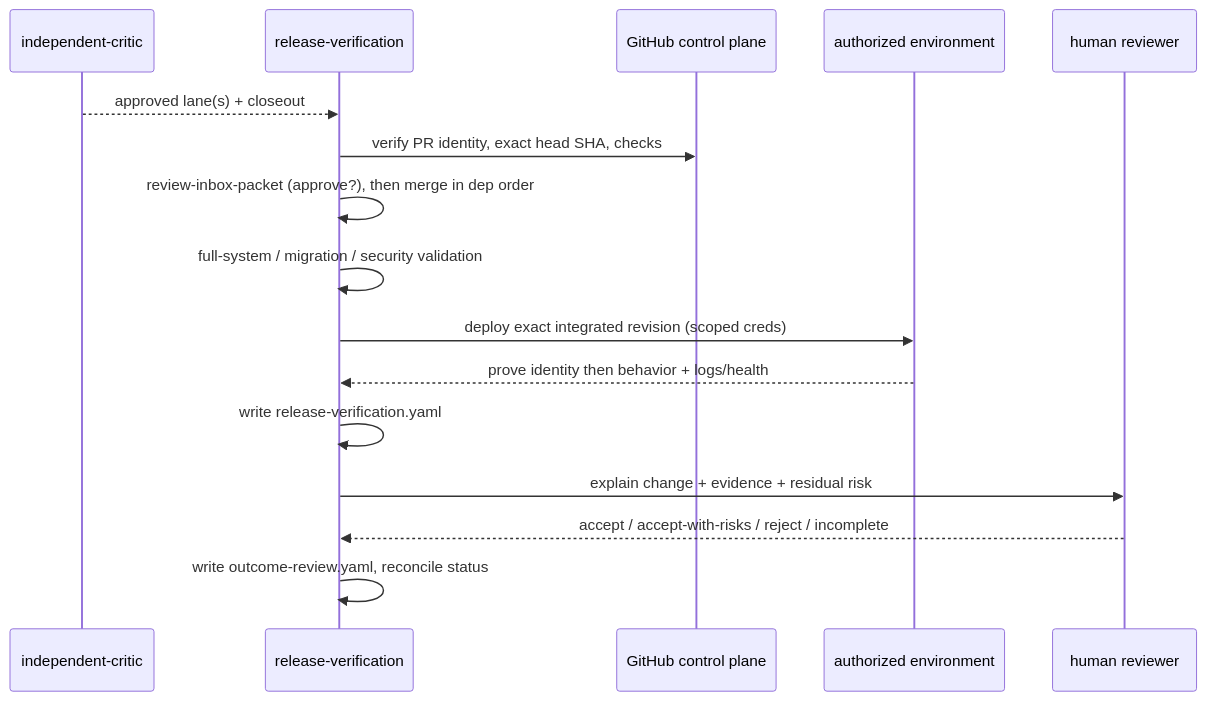
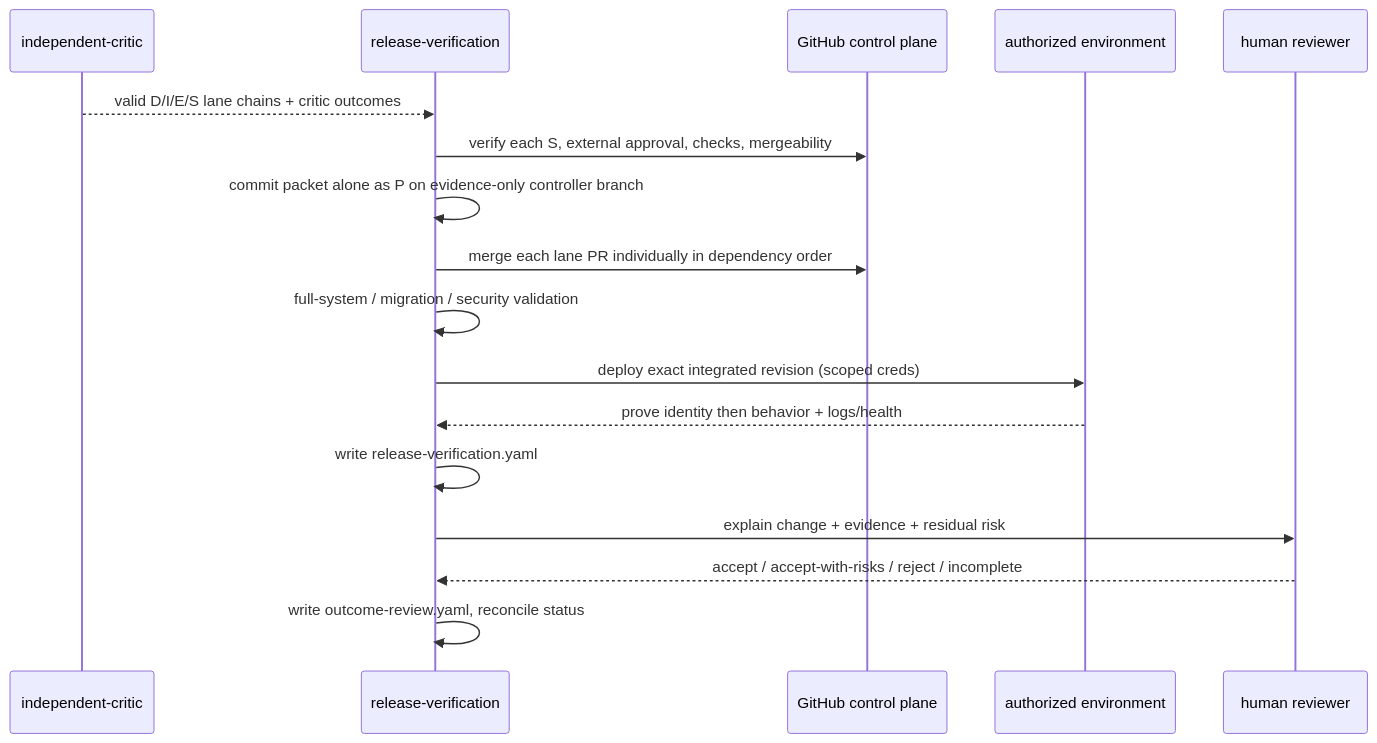
The diagram in docs/skills/per-skill/release-verification.md (VerdifyConsultancy/verdify-skills), drawn with Mermaid before and after one commit. The commit also changed other lines of this file and 98 other files, not shown here.

Commit message:
fix(verdify): enforce exact lane review evidence chain

````diff
--- a/docs/skills/per-skill/release-verification.md
+++ b/docs/skills/per-skill/release-verification.md
@@ -66,18 +69,19 @@
 ```mermaid
 sequenceDiagram
     participant Critic as independent-critic
     participant RV as release-verification
     participant GH as GitHub control plane
     participant Env as authorized environment
     participant Human as human reviewer
-    Critic-->>RV: approved lane(s) + closeout
-    RV->>GH: verify PR identity, exact head SHA, checks
-    RV->>RV: review-inbox-packet (approve?), then merge in dep order
+    Critic-->>RV: valid D/I/E/S lane chains + critic outcomes
+    RV->>GH: verify each S, external approval, checks, mergeability
+    RV->>RV: commit packet alone as P on evidence-only controller branch
+    RV->>GH: merge each lane PR individually in dependency order
     RV->>RV: full-system / migration / security validation
     RV->>Env: deploy exact integrated revision (scoped creds)
     Env-->>RV: prove identity then behavior + logs/health
     RV->>RV: write release-verification.yaml
     RV->>Human: explain change + evidence + residual risk
     Human-->>RV: accept / accept-with-risks / reject / incomplete
     RV->>RV: write outcome-review.yaml, reconcile status
 ```
````
